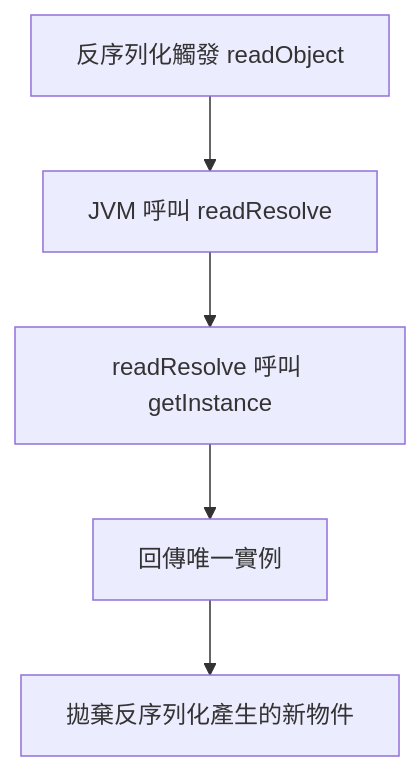
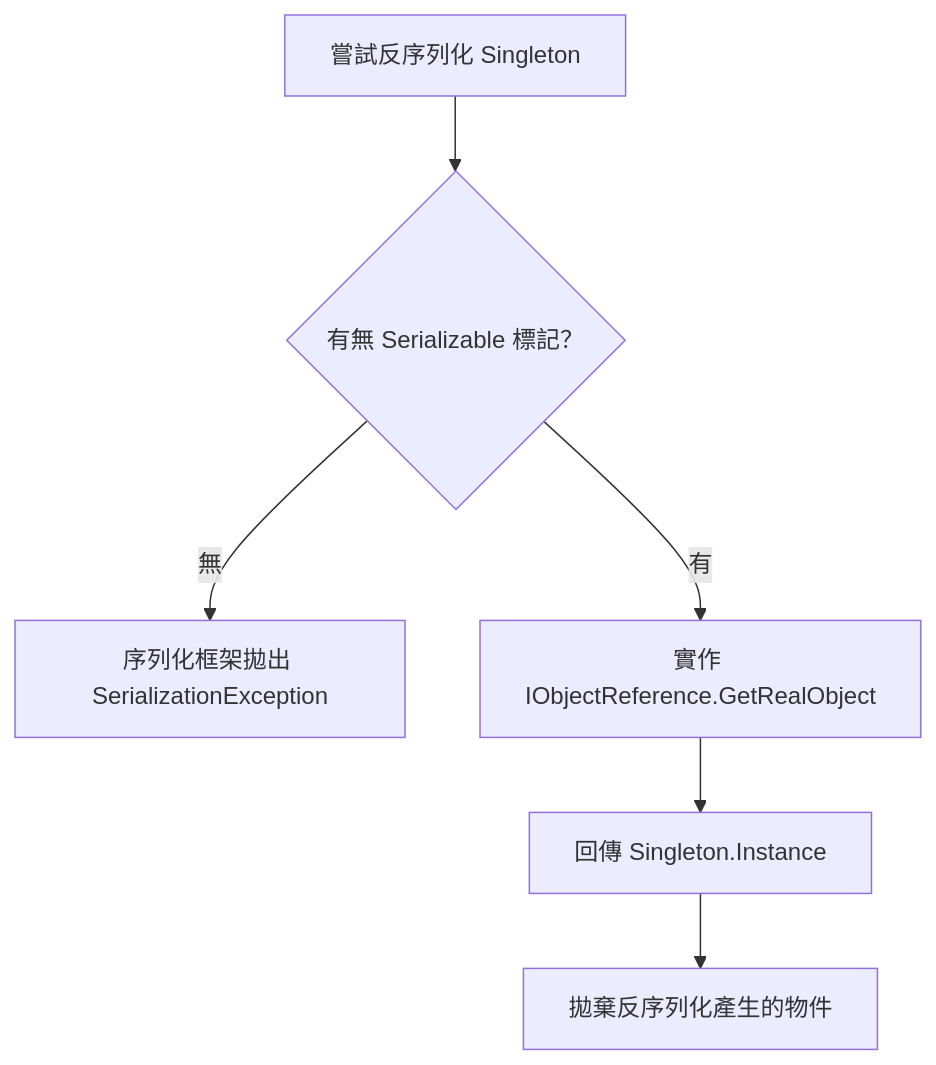
One commit to JoJorge/library changed the third of 4 diagrams in .kiro/specs/singleton-pattern/design.md. Above: the diagram before and after it, drawn with Mermaid. The commit also changed other lines of this file and 1 other file, not shown here.

Commit message:
update singleton specs

````diff
--- a/.kiro/specs/singleton-pattern/design.md
+++ b/.kiro/specs/singleton-pattern/design.md
@@ -160,7 +263,8 @@
 ```mermaid
 flowchart TD
-    A[反序列化觸發 readObject] --> B[JVM 呼叫 readResolve]
-    B --> C[readResolve 呼叫 getInstance]
-    C --> D[回傳唯一實例]
-    D --> E[拋棄反序列化產生的新物件]
+    A[嘗試反序列化 Singleton] --> B{有無 Serializable 標記？}
+    B -- 無 --> C[序列化框架拋出 SerializationException]
+    B -- 有 --> D[實作 IObjectReference.GetRealObject]
+    D --> E[回傳 Singleton.Instance]
+    E --> F[拋棄反序列化產生的物件]
 ```
````
